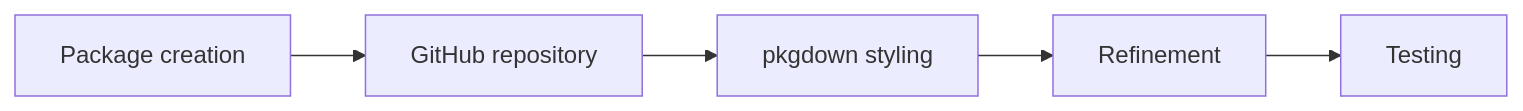
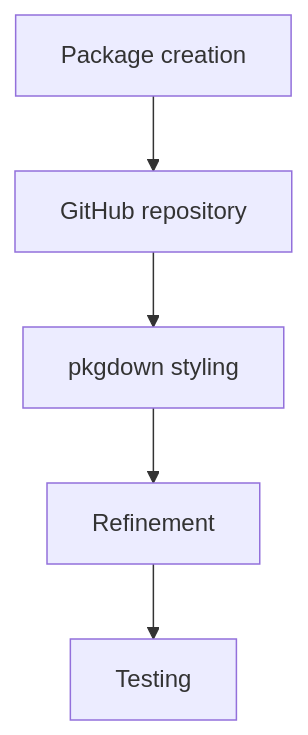
Before and after one commit to jinghuazhao/gaawr2: the diagram in vignettes/gaawr2.Rmd, drawn with Mermaid.

Commit message:
vignettes

````diff
--- a/vignettes/gaawr2.Rmd
+++ b/vignettes/gaawr2.Rmd
@@ -486,7 +486,7 @@
-```{mermaid}
-graph LR
+<div class="mermaid">
+graph TB
     A[Package creation] --> B[GitHub repository]
     B --> C[pkgdown styling]
     C --> D[Refinement]
     D --> E[Testing]
-```
+</div>
````
